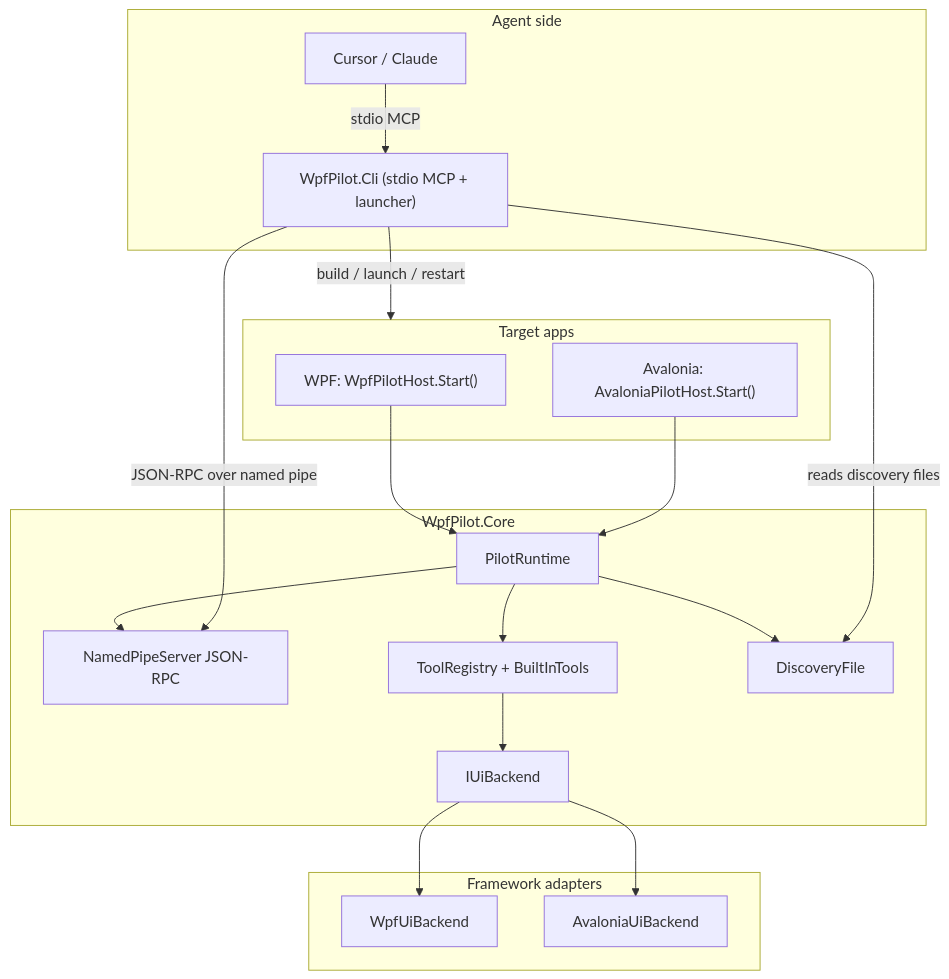
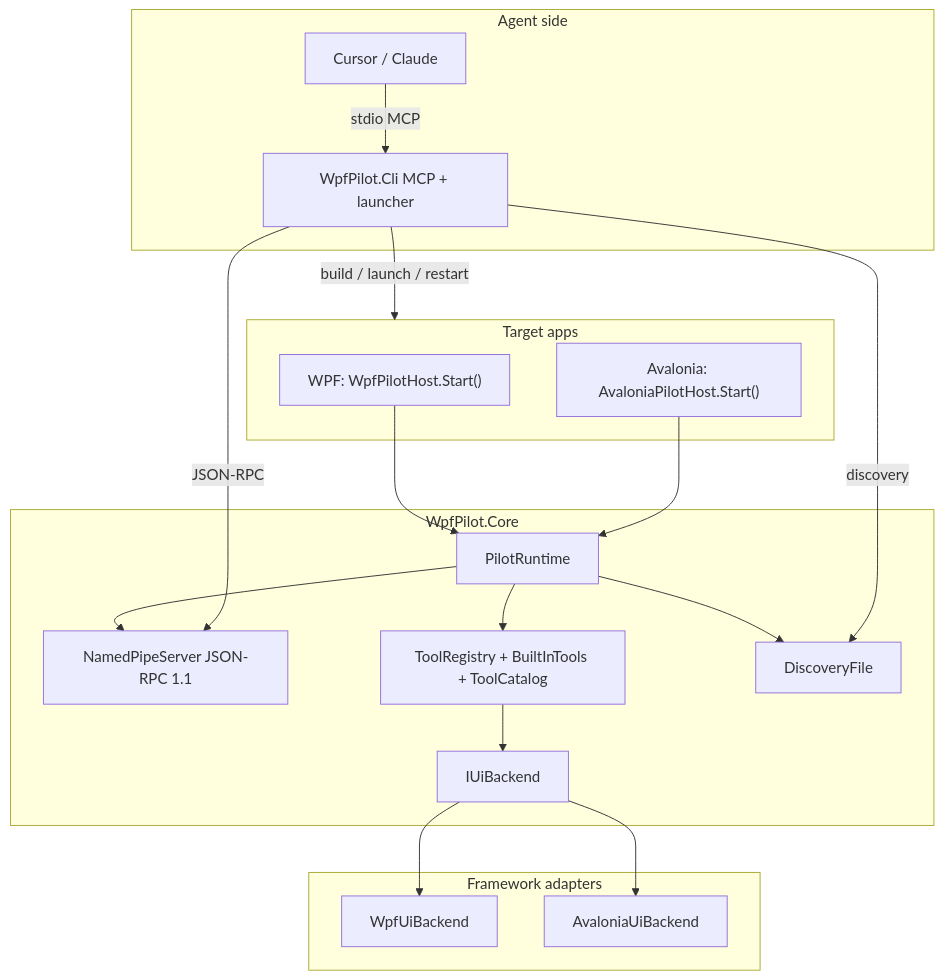
One commit to sivak1982/UiPilot changed the diagram in docs/02-architecture.md. Above: the diagram before and after it, drawn with Mermaid. The commit also changed other lines of this file and 48 other files, not shown here.

````diff
--- a/docs/02-architecture.md
+++ b/docs/02-architecture.md
@@ -3,34 +3,34 @@
 ```mermaid
 flowchart TB
   subgraph consumers [Target apps]
     WpfApp["WPF: WpfPilotHost.Start()"]
     AvaApp["Avalonia: AvaloniaPilotHost.Start()"]
   end
   subgraph core [WpfPilot.Core]
     Runtime[PilotRuntime]
-    Pipe[NamedPipeServer JSON-RPC]
-    Reg[ToolRegistry + BuiltInTools]
+    Pipe[NamedPipeServer JSON-RPC 1.1]
+    Reg[ToolRegistry + BuiltInTools + ToolCatalog]
     Contract[IUiBackend]
     Disc[DiscoveryFile]
   end
   subgraph adapters [Framework adapters]
     WpfBack[WpfUiBackend]
     AvaBack[AvaloniaUiBackend]
   end
   subgraph agentSide [Agent side]
-    CLI["WpfPilot.Cli (stdio MCP + launcher)"]
+    CLI["WpfPilot.Cli MCP + launcher"]
     Cursor[Cursor / Claude]
   end
   WpfApp --> Runtime
   AvaApp --> Runtime
   Runtime --> Pipe
   Runtime --> Reg
   Reg --> Contract
   Contract --> WpfBack
   Contract --> AvaBack
   Runtime --> Disc
   Cursor -->|stdio MCP| CLI
   CLI -->|build / launch / restart| consumers
-  CLI -->|JSON-RPC over named pipe| Pipe
-  CLI -->|reads discovery files| Disc
+  CLI -->|JSON-RPC| Pipe
+  CLI -->|discovery| Disc
 ```
````
